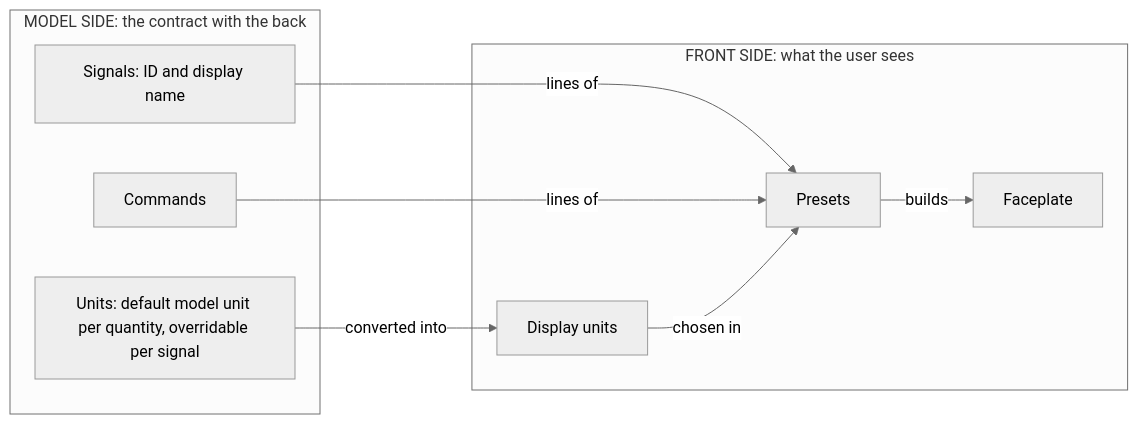
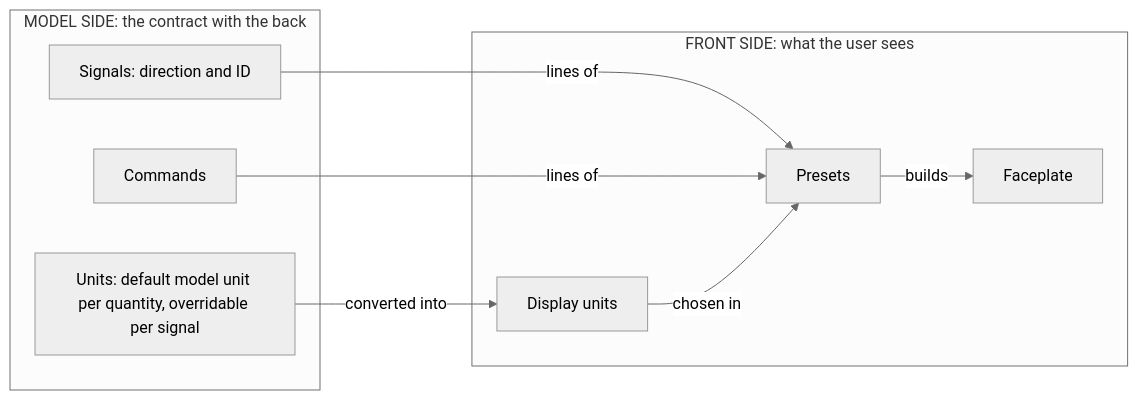
The second of 3 diagrams in metadata/README.md (AlexandreGallais/synoptic-studio-spec), drawn with Mermaid (neutral theme) before and after one commit. The commit also changed other lines of this file and 11 other files, not shown here.

````diff
--- a/metadata/README.md
+++ b/metadata/README.md
@@ -29,18 +29,18 @@
 ```mermaid
 flowchart LR
     subgraph Model["MODEL SIDE: the contract with the back"]
-        P["Signals: ID and display name"]
+        P["Signals: direction and ID"]
         C["Commands"]
         N["Units: default model unit per quantity, overridable per signal"]
     end
     subgraph Front["FRONT SIDE: what the user sees"]
         R["Presets"]
         U["Faceplate"]
         D["Display units"]
     end
     P -->|"lines of"| R
     C -->|"lines of"| R
     N -->|"converted into"| D
     D -->|"chosen in"| R
     R -->|"builds"| U
 ```
````
